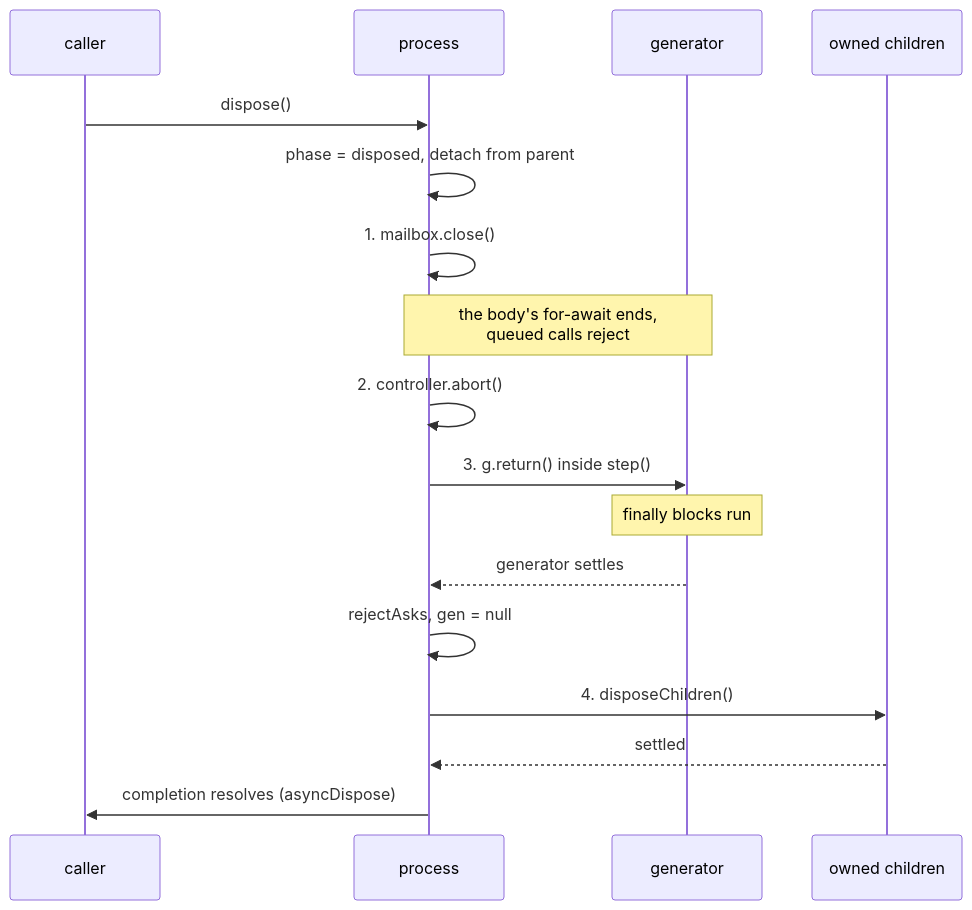
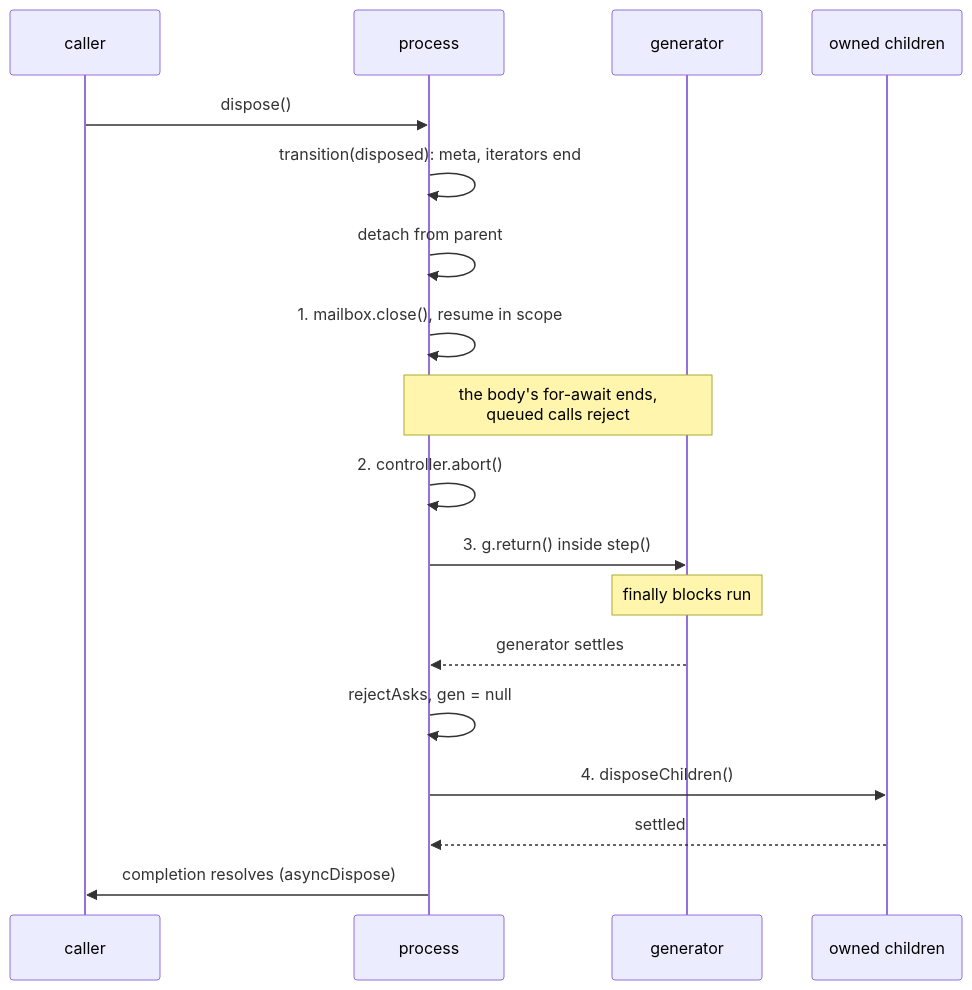
Before and after one commit to twfarland/nonchalant: the third of 3 diagrams in docs/internals/process.md, drawn with Mermaid. The commit also changed other lines of this file, not shown here.

Commit message:
docs: process internals for transition, crash calls, teardown scope

````diff
--- a/docs/internals/process.md
+++ b/docs/internals/process.md
@@ -140,20 +189,21 @@
 ```mermaid
 sequenceDiagram
     participant U as caller
     participant P as process
     participant G as generator
     participant C as owned children
 
     U->>P: dispose()
-    P->>P: phase = disposed, detach from parent
-    P->>P: 1. mailbox.close()
+    P->>P: transition(disposed): meta, iterators end
+    P->>P: detach from parent
+    P->>P: 1. mailbox.close(), resume in scope
     Note over P,G: the body's for-await ends,<br/>queued calls reject
     P->>P: 2. controller.abort()
     P->>G: 3. g.return() inside step()
     Note over G: finally blocks run
     G-->>P: generator settles
     P->>P: rejectAsks, gen = null
     P->>C: 4. disposeChildren()
     C-->>P: settled
     P->>U: completion resolves (asyncDispose)
 ```
````
